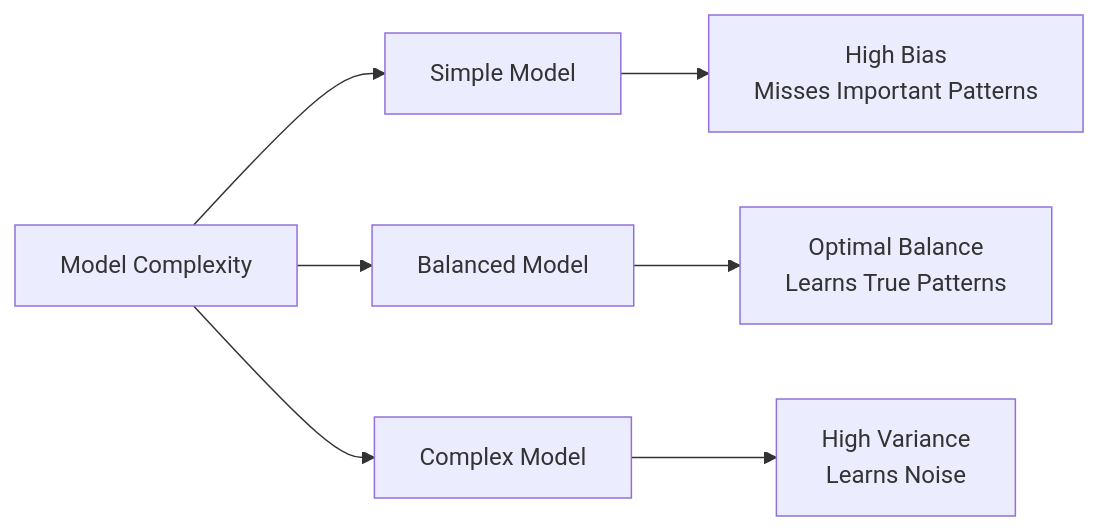
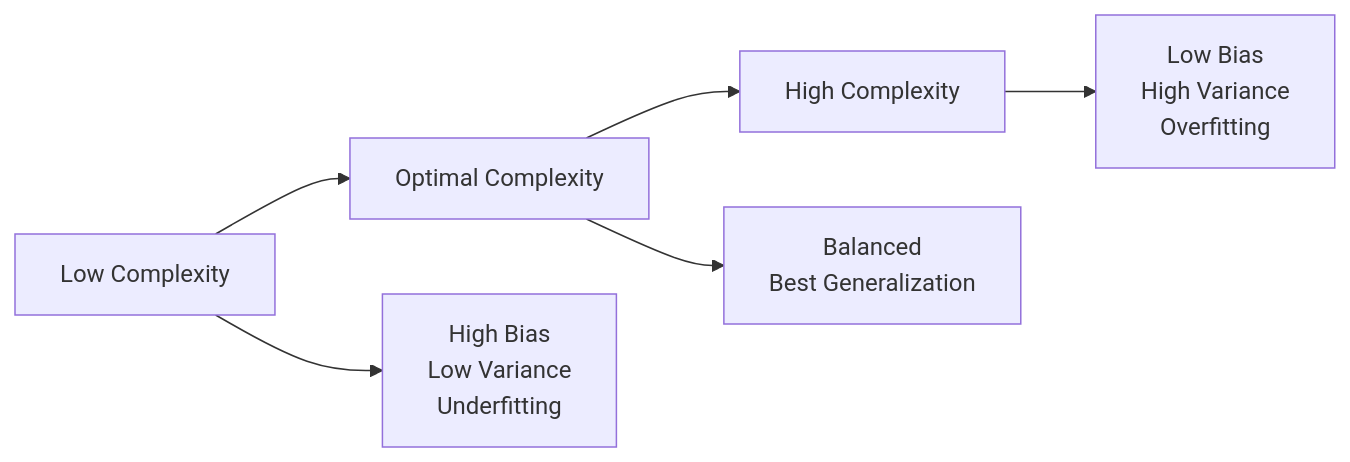
Before and after one commit to RoBiul-Hasan-Jisan/Machine_learning: the diagram in 03_Machine Learning/01_Supervised/02_Problem_in_Ml/02_Bias_Variance_Tradeoff/doc/04_Bias_and_Variance.md, drawn with Mermaid. The commit also changed other lines of this file, not shown here.

`````diff
--- a/03_Machine Learning/01_Supervised/02_Problem_in_Ml/02_Bias_Variance_Tradeoff/doc/04_Bias_and_Variance.md
+++ b/03_Machine Learning/01_Supervised/02_Problem_in_Ml/02_Bias_Variance_Tradeoff/doc/04_Bias_and_Variance.md
@@ -179,14 +195,8 @@
 ```mermaid
 flowchart LR
-    A[Model Complexity]
+    A[Low Complexity] --> B[Optimal Complexity] --> C[High Complexity]
 
-    A --> B[Simple Model]
-    A --> C[Balanced Model]
-    A --> D[Complex Model]
-
-    B --> B1["High Bias<br/>Misses Important Patterns"]
-
-    C --> C1["Optimal Balance<br/>Learns True Patterns"]
-
-    D --> D1["High Variance<br/>Learns Noise"]
-````
+    A --> A1["High Bias<br/>Low Variance<br/>Underfitting"]
+    B --> B1["Balanced<br/>Best Generalization"]
+    C --> C1["Low Bias<br/>High Variance<br/>Overfitting"]
+```
`````
